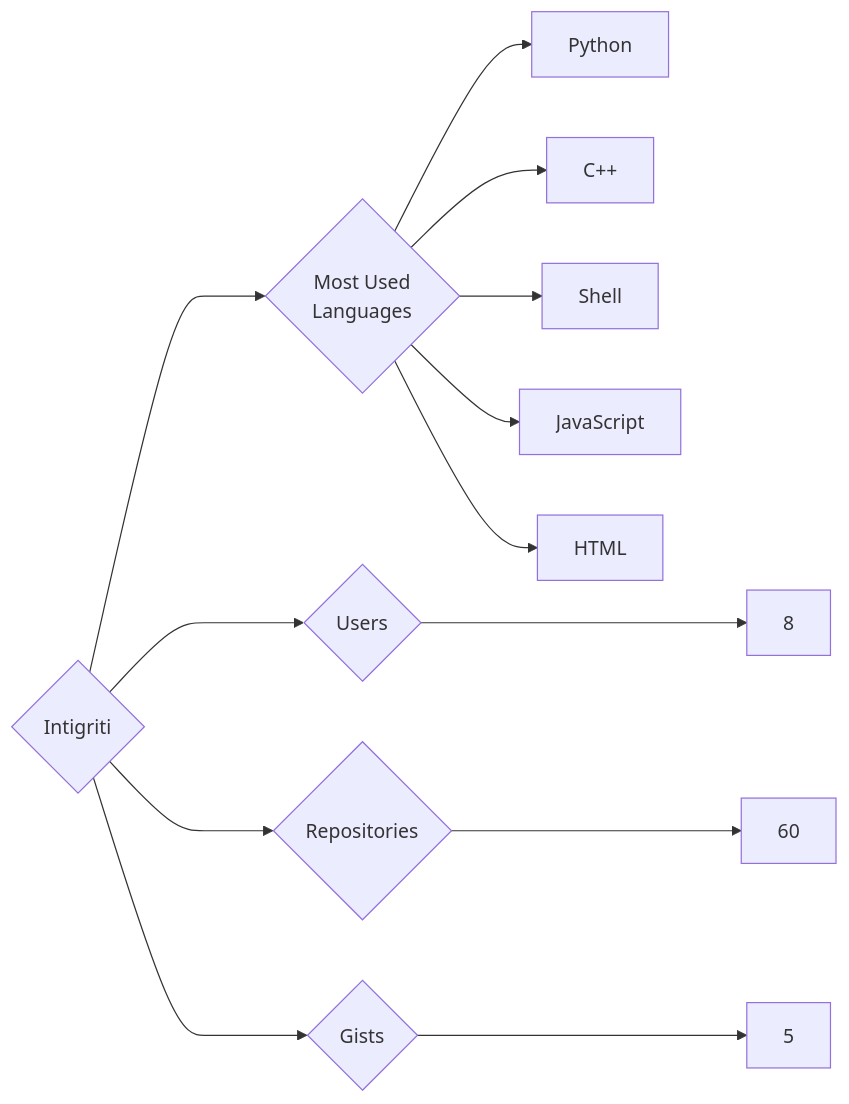
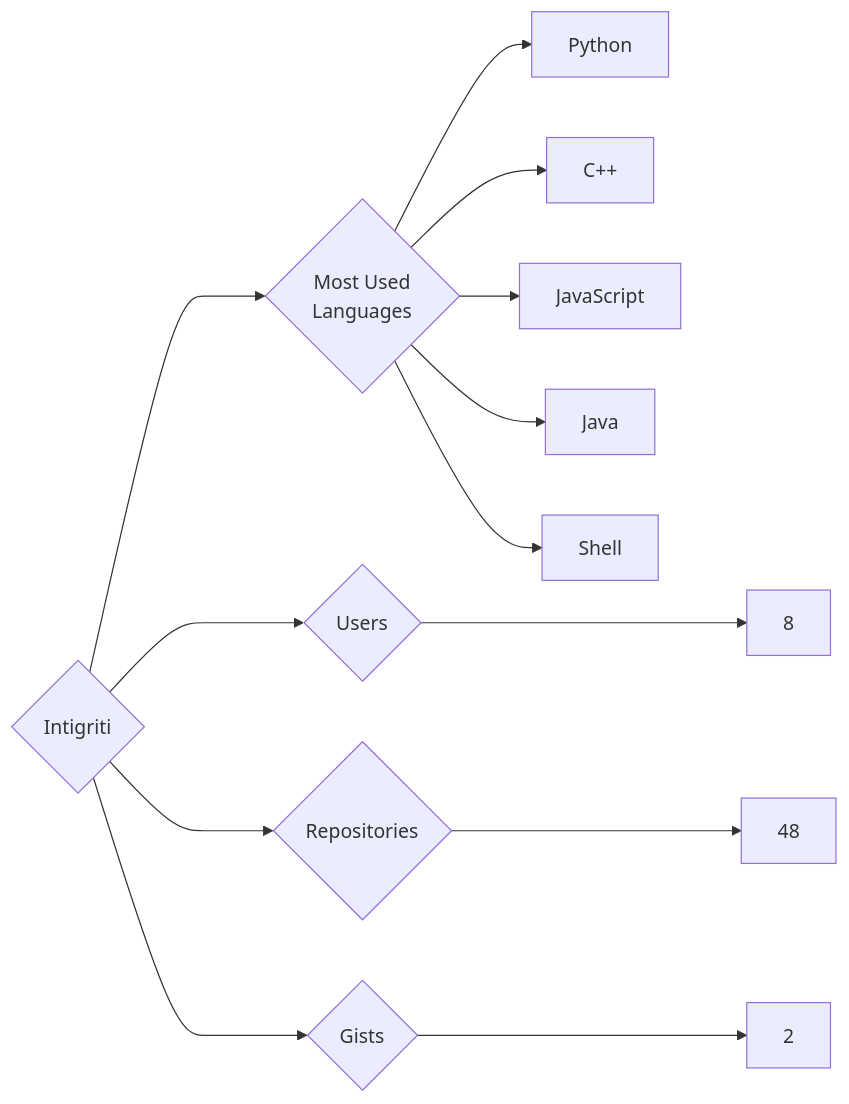
Before and after one commit to trickest/insiders: the diagram in targets/Intigriti/README.md, drawn with Mermaid. The commit also changed 569 other files, not shown here.

````diff
--- a/targets/Intigriti/README.md
+++ b/targets/Intigriti/README.md
@@ -3,13 +3,13 @@
 ```mermaid
 graph LR
 COMPANY_NAME{Intigriti}
 COMPANY_NAME ---> U{Users} ---> UN[8]
-COMPANY_NAME ---> R{Repositories} ---> RN[60]
-COMPANY_NAME ---> G{Gists} ---> GN[5]
+COMPANY_NAME ---> R{Repositories} ---> RN[48]
+COMPANY_NAME ---> G{Gists} ---> GN[2]
 COMPANY_NAME ---> ML{Most Used<br>Languages}
 ML --> Python[Python]
 ML --> C++[C++]
+ML --> JavaScript[JavaScript]
+ML --> Java[Java]
 ML --> Shell[Shell]
-ML --> JavaScript[JavaScript]
-ML --> HTML[HTML]
 ```
````
